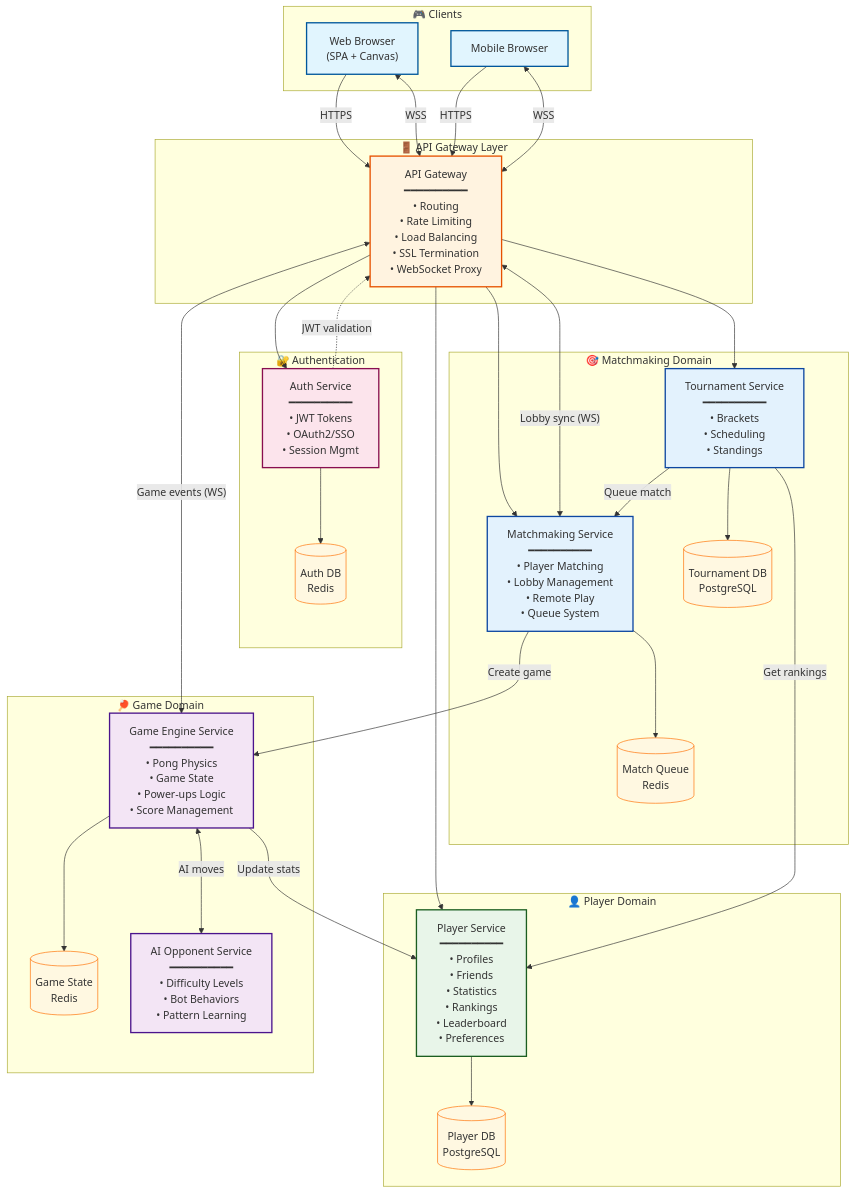
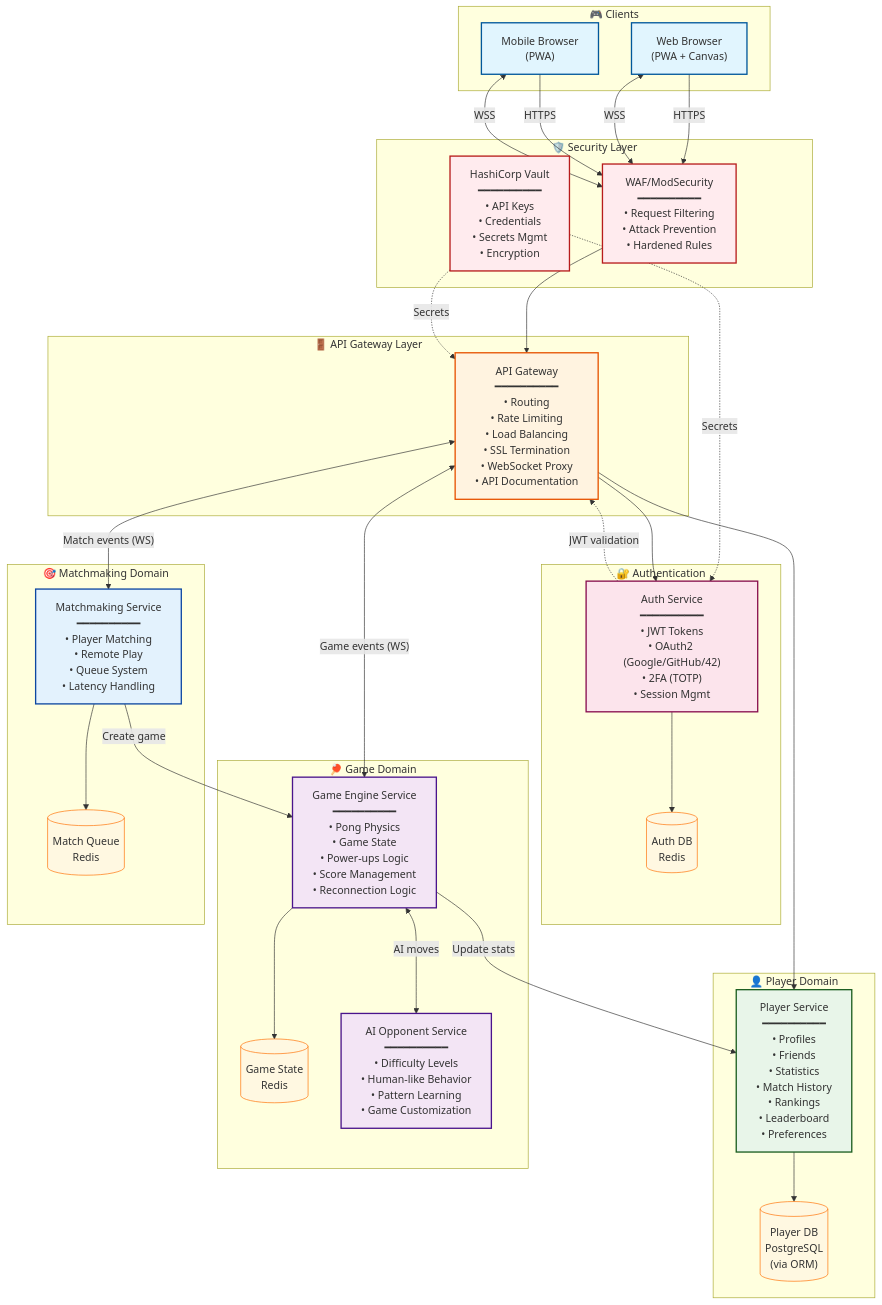
One commit to Eveline-Lim/transcendence changed the diagram in docs/architectures/global-view.md. Above: the diagram before and after it, drawn with Mermaid.

Commit message:
refactor architecture diagram for clarity and consistency

````diff
--- a/docs/architectures/global-view.md
+++ b/docs/architectures/global-view.md
@@ -4,89 +4,74 @@
   layout: dagre
 ---
 flowchart TB
-    subgraph Clients["🎮 Clients"]
-        Browser["Web Browser<br/>(SPA + Canvas)"]
-        Mobile["Mobile Browser"]
-    end
-
-    subgraph Gateway["🚪 API Gateway Layer"]
-        APIGW["API Gateway<br/>━━━━━━━━━━<br/>• Routing<br/>• Rate Limiting<br/>• Load Balancing<br/>• SSL Termination<br/>• WebSocket Proxy"]
-    end
-
-    subgraph Auth["🔐 Authentication"]
-        AuthService["Auth Service<br/>━━━━━━━━━━<br/>• JWT Tokens<br/>• OAuth2/SSO<br/>• Session Mgmt"]
-        AuthDB[("Auth DB<br/>Redis")]
-    end
-
-    subgraph PlayerDomain["👤 Player Domain"]
-        PlayerService["Player Service<br/>━━━━━━━━━━<br/>• Profiles<br/>• Friends<br/>• Statistics<br/>• Rankings<br/>• Leaderboard<br/>• Preferences"]
-        PlayerDB[("Player DB<br/>PostgreSQL")]
-    end
-
-    subgraph GameDomain["🏓 Game Domain"]
-        GameEngine["Game Engine Service<br/>━━━━━━━━━━<br/>• Pong Physics<br/>• Game State<br/>• Power-ups Logic<br/>• Score Management"]
-        GameState[("Game State<br/>Redis")]
-        AIService["AI Opponent Service<br/>━━━━━━━━━━<br/>• Difficulty Levels<br/>• Bot Behaviors<br/>• Pattern Learning"]
-    end
-
-    subgraph MatchDomain["🎯 Matchmaking Domain"]
-        MatchService["Matchmaking Service<br/>━━━━━━━━━━<br/>• Player Matching<br/>• Lobby Management<br/>• Remote Play<br/>• Queue System"]
-        MatchDB[("Match Queue<br/>Redis")]
-        TournamentService["Tournament Service<br/>━━━━━━━━━━<br/>• Brackets<br/>• Scheduling<br/>• Standings"]
-        TournamentDB[("Tournament DB<br/>PostgreSQL")]
-    end
-
-    %% Client to Gateway
-    Browser -->|HTTPS| APIGW
-    Browser <-->|WSS| APIGW
-    Mobile -->|HTTPS| APIGW
-    Mobile <-->|WSS| APIGW
-
-    %% Gateway to Services
-    APIGW --> AuthService
-    APIGW --> PlayerService
-    APIGW --> MatchService
-    APIGW --> TournamentService
-    APIGW <-->|"Game events (WS)"| GameEngine
-    APIGW <-->|"Lobby sync (WS)"| MatchService
-
-    %% Auth flows
+ subgraph Clients["🎮 Clients"]
+        Browser["Web Browser<br>(PWA + Canvas)"]
+        Mobile["Mobile Browser<br>(PWA)"]
+  end
+ subgraph Security["🛡️ Security Layer"]
+        WAF["WAF/ModSecurity<br>━━━━━━━━━━<br>• Request Filtering<br>• Attack Prevention<br>• Hardened Rules"]
+        Vault["HashiCorp Vault<br>━━━━━━━━━━<br>• API Keys<br>• Credentials<br>• Secrets Mgmt<br>• Encryption"]
+  end
+ subgraph Gateway["🚪 API Gateway Layer"]
+        APIGW["API Gateway<br>━━━━━━━━━━<br>• Routing<br>• Rate Limiting<br>• Load Balancing<br>• SSL Termination<br>• WebSocket Proxy<br>• API Documentation"]
+  end
+ subgraph Auth["🔐 Authentication"]
+        AuthService["Auth Service<br>━━━━━━━━━━<br>• JWT Tokens<br>• OAuth2 (Google/GitHub/42)<br>• 2FA (TOTP)<br>• Session Mgmt"]
+        AuthDB[("Auth DB<br>Redis")]
+  end
+ subgraph PlayerDomain["👤 Player Domain"]
+        PlayerService["Player Service<br>━━━━━━━━━━<br>• Profiles<br>• Friends<br>• Statistics<br>• Match History<br>• Rankings<br>• Leaderboard<br>• Preferences"]
+        PlayerDB[("Player DB<br>PostgreSQL<br>(via ORM)")]
+  end
+ subgraph GameDomain["🏓 Game Domain"]
+        GameEngine["Game Engine Service<br>━━━━━━━━━━<br>• Pong Physics<br>• Game State<br>• Power-ups Logic<br>• Score Management<br>• Reconnection Logic"]
+        GameState[("Game State<br>Redis")]
+        AIService["AI Opponent Service<br>━━━━━━━━━━<br>• Difficulty Levels<br>• Human-like Behavior<br>• Pattern Learning<br>• Game Customization"]
+  end
+ subgraph MatchDomain["🎯 Matchmaking Domain"]
+        MatchService["Matchmaking Service<br>━━━━━━━━━━<br>• Player Matching<br>• Remote Play<br>• Queue System<br>• Latency Handling"]
+        MatchDB[("Match Queue<br>Redis")]
+  end
+    Browser -- HTTPS --> WAF
+    Browser <-- WSS --> WAF
+    Mobile -- HTTPS --> WAF
+    Mobile <-- WSS --> WAF
+    WAF --> APIGW
+    Vault -. Secrets .-> AuthService & APIGW
+    APIGW --> AuthService & PlayerService
+    APIGW <-- Game events (WS) --> GameEngine
+    APIGW <-- Match events (WS) --> MatchService
     AuthService --> AuthDB
-    AuthService -.->|"JWT validation"| APIGW
-
-    %% Data access
+    AuthService -. JWT validation .-> APIGW
     PlayerService --> PlayerDB
     GameEngine --> GameState
+    GameEngine -- Update stats --> PlayerService
+    GameEngine <-- AI moves --> AIService
+    MatchService --> MatchDB
+    MatchService -- Create game --> GameEngine
 
-    %% Inter-service communication (labeled)
-    GameEngine -->|"Update stats"| PlayerService
-    GameEngine <-->|"AI moves"| AIService
-    MatchService --> MatchDB
-    MatchService -->|"Create game"| GameEngine
-    TournamentService --> TournamentDB
-    TournamentService -->|"Queue match"| MatchService
-    TournamentService -->|"Get rankings"| PlayerService
-
-    %% Styling
+     Browser:::client
+     Mobile:::client
+     WAF:::security
+     Vault:::security
+     APIGW:::gateway
+     AuthService:::auth
+     AuthDB:::db
+     PlayerService:::player
+     PlayerDB:::db
+     GameEngine:::game
+     GameState:::db
+     AIService:::game
+     MatchService:::match
+     MatchDB:::db
     classDef client fill:#e1f5fe,stroke:#01579b,stroke-width:2px
+    classDef security fill:#ffebee,stroke:#b71c1c,stroke-width:2px
     classDef gateway fill:#fff3e0,stroke:#e65100,stroke-width:2px
     classDef auth fill:#fce4ec,stroke:#880e4f,stroke-width:2px
     classDef player fill:#e8f5e9,stroke:#1b5e20,stroke-width:2px
+    classDef chat fill:#e0f7fa,stroke:#006064,stroke-width:2px
     classDef game fill:#f3e5f5,stroke:#4a148c,stroke-width:2px
     classDef match fill:#e3f2fd,stroke:#0d47a1,stroke-width:2px
+    classDef monitoring fill:#fff9c4,stroke:#f57f17,stroke-width:2px
     classDef db fill:#fff8e1,stroke:#ff6f00,stroke-width:1px
-
-    class Browser,Mobile client
-    class APIGW gateway
-    class AuthService auth
-    class AuthDB db
-    class PlayerService player
-    class PlayerDB db
-    class GameEngine game
-    class GameState db
-    class AIService game
-    class MatchService match
-    class MatchDB db
-    class TournamentService match
-    class TournamentDB db
 ```
````
